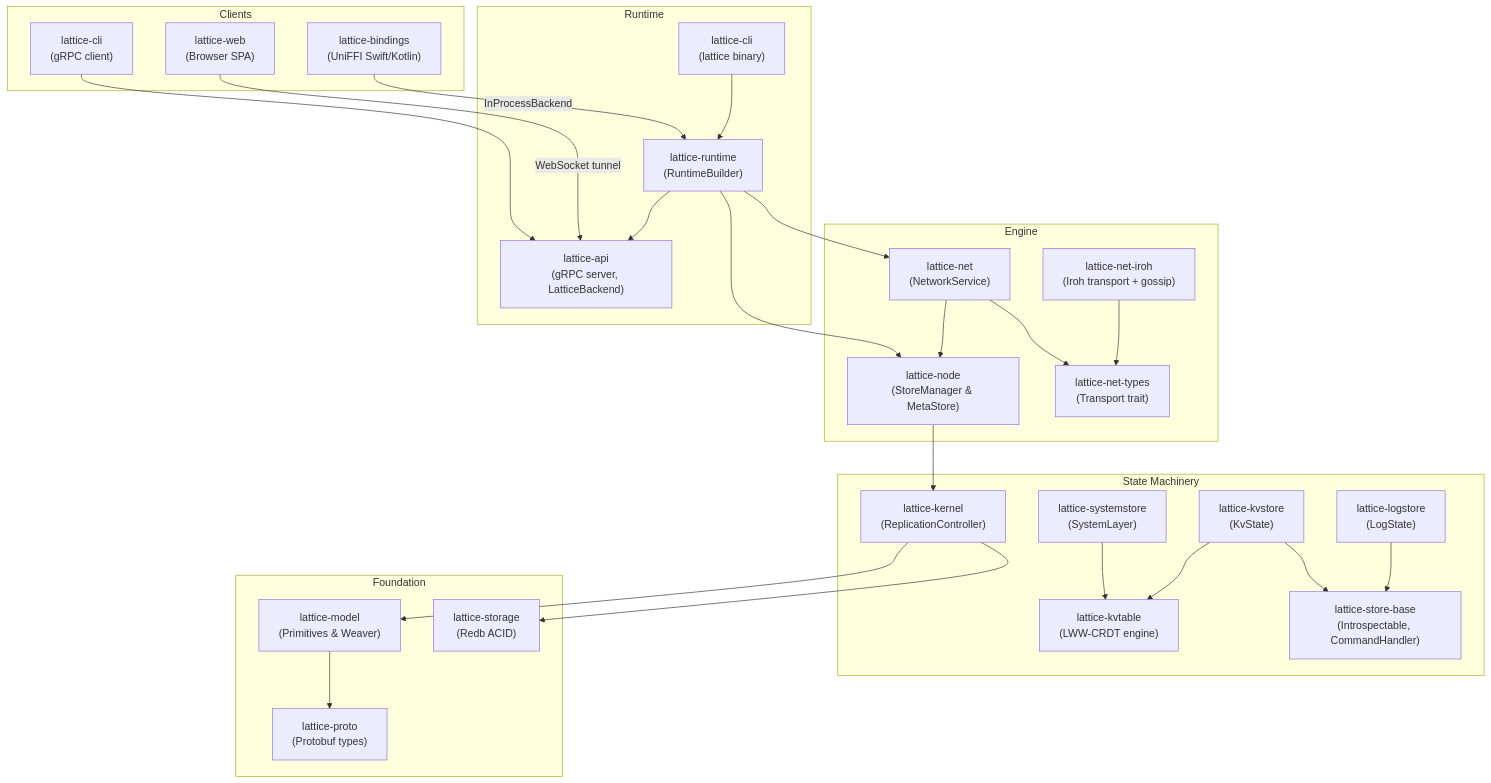
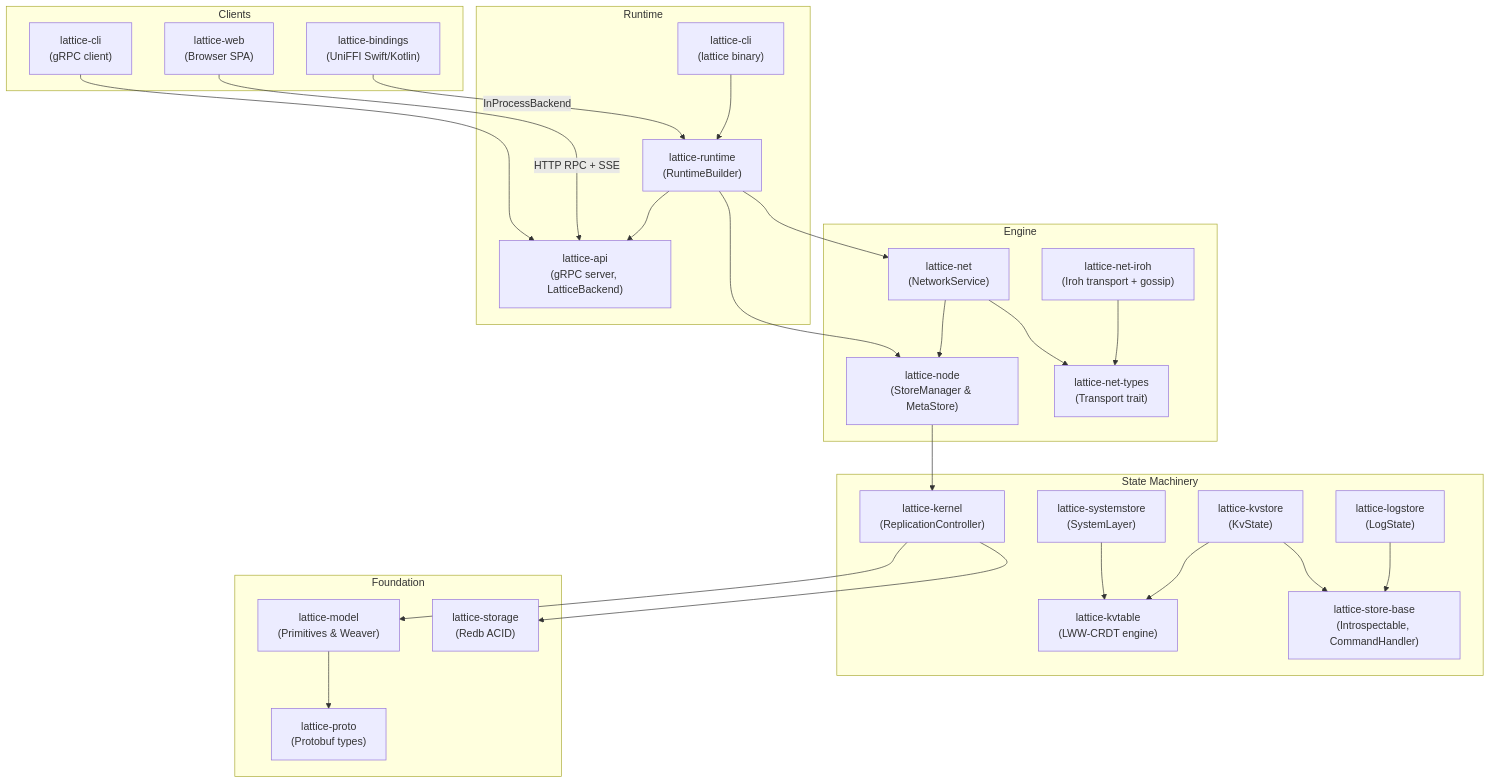
One commit to lost-tty/lattice changed the diagram in docs/content/reference/architecture.md. Above: the diagram before and after it, drawn with Mermaid. The commit also changed other lines of this file and 12 other files, not shown here.

First line of the commit message:
replace WebSocket tunnel with HTTP POST + SSE

````diff
--- a/docs/content/reference/architecture.md
+++ b/docs/content/reference/architecture.md
@@ -53,55 +53,55 @@
 ```mermaid
 graph TB
     subgraph "Clients"
         CLI["lattice-cli<br/>(gRPC client)"]
         WEB["lattice-web<br/>(Browser SPA)"]
         MOBILE["lattice-bindings<br/>(UniFFI Swift/Kotlin)"]
     end
     
     subgraph "Runtime"
         DAEMON["lattice-cli<br/>(lattice binary)"]
         RT["lattice-runtime<br/>(RuntimeBuilder)"]
         RPC["lattice-api<br/>(gRPC server, LatticeBackend)"]
     end
     
     subgraph "Engine"
         NODE["lattice-node<br/>(StoreManager & MetaStore)"]
         NET["lattice-net<br/>(NetworkService)"]
         NETIROH["lattice-net-iroh<br/>(Iroh transport + gossip)"]
         NETTYPES["lattice-net-types<br/>(Transport trait)"]
     end
     
     subgraph "State Machinery"
         KERNEL["lattice-kernel<br/>(ReplicationController)"]
         SYS["lattice-systemstore<br/>(SystemLayer)"]
         KV["lattice-kvstore<br/>(KvState)"]
         LOG["lattice-logstore<br/>(LogState)"]
         KVTABLE["lattice-kvtable<br/>(LWW-CRDT engine)"]
         STOREBASE["lattice-store-base<br/>(Introspectable, CommandHandler)"]
     end
     
     subgraph "Foundation"
         MODEL["lattice-model<br/>(Primitives & Weaver)"]
         STORAGE["lattice-storage<br/>(Redb ACID)"]
         PROTO["lattice-proto<br/>(Protobuf types)"]
     end
     
     CLI --> RPC
-    WEB -->|WebSocket tunnel| RPC
+    WEB -->|HTTP RPC + SSE| RPC
     MOBILE -->|InProcessBackend| RT
     DAEMON --> RT
     RT --> NODE
     RT --> NET
     RT --> RPC
     NODE --> KERNEL
     NET --> NODE
     NET --> NETTYPES
     NETIROH --> NETTYPES
     KERNEL --> MODEL
     KERNEL --> STORAGE
     SYS --> KVTABLE
     KV --> KVTABLE
     KV --> STOREBASE
     LOG --> STOREBASE
     MODEL --> PROTO
 ```
````
